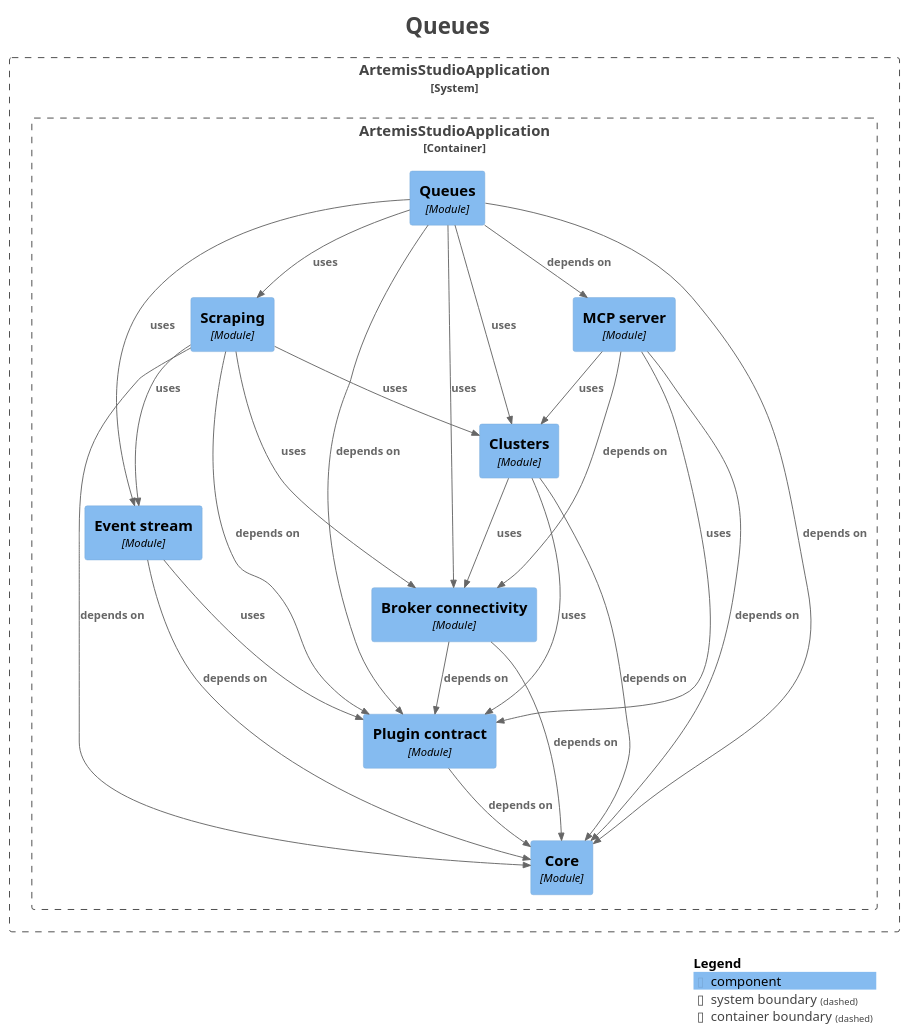
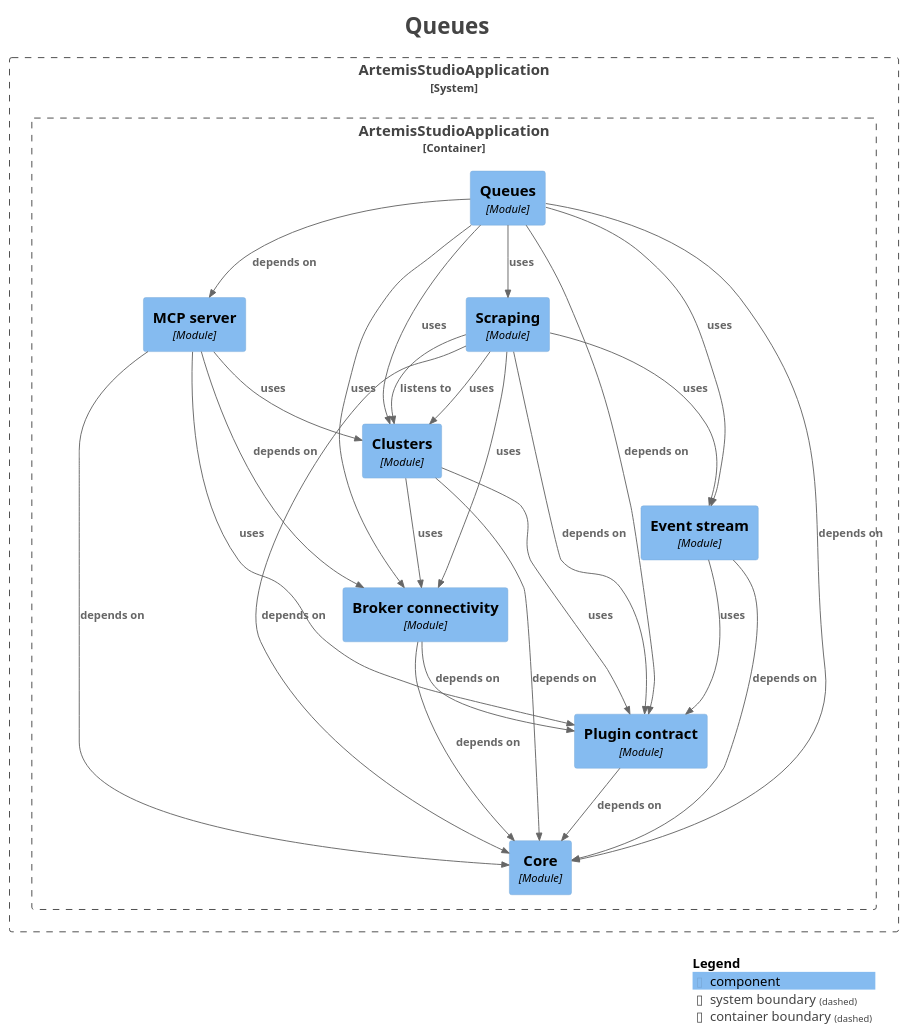
Before and after one commit to sudoitir/artemis-studio: the diagram in docs/modules/module-feature.queues.puml, drawn with PlantUML. The commit also changed 50 other files, not shown here.

```diff
--- a/docs/modules/module-feature.queues.puml
+++ b/docs/modules/module-feature.queues.puml
@@ -1,59 +1,60 @@
 @startuml
 title <size:24>Queues</size>
 
 set separator none
 top to bottom direction
 
 <style>
   root {
     BackgroundColor: #ffffff
     FontColor: #444444
   }
 </style>
 
 !include <C4/C4>
 !include <C4/C4_Context>
 !include <C4/C4_Component>
 
 System_Boundary("ArtemisStudioApplication_boundary", "ArtemisStudioApplication", $tags="") {
   Container_Boundary("ArtemisStudioApplication.ArtemisStudioApplication_boundary", "ArtemisStudioApplication", $tags="") {
     Component(ArtemisStudioApplication.ArtemisStudioApplication.Eventstream, "Event stream", $techn="Module", $descr="", $tags="", $link="")
     Component(ArtemisStudioApplication.ArtemisStudioApplication.Brokerconnectivity, "Broker connectivity", $techn="Module", $descr="", $tags="", $link="")
     Component(ArtemisStudioApplication.ArtemisStudioApplication.Clusters, "Clusters", $techn="Module", $descr="", $tags="", $link="")
     Component(ArtemisStudioApplication.ArtemisStudioApplication.MCPserver, "MCP server", $techn="Module", $descr="", $tags="", $link="")
     Component(ArtemisStudioApplication.ArtemisStudioApplication.Scraping, "Scraping", $techn="Module", $descr="", $tags="", $link="")
     Component(ArtemisStudioApplication.ArtemisStudioApplication.Queues, "Queues", $techn="Module", $descr="", $tags="", $link="")
     Component(ArtemisStudioApplication.ArtemisStudioApplication.Core, "Core", $techn="Module", $descr="", $tags="", $link="")
     Component(ArtemisStudioApplication.ArtemisStudioApplication.Plugincontract, "Plugin contract", $techn="Module", $descr="", $tags="", $link="")
   }
 
 }
 
 Rel(ArtemisStudioApplication.ArtemisStudioApplication.Brokerconnectivity, ArtemisStudioApplication.ArtemisStudioApplication.Core, "depends on", $techn="", $tags="", $link="")
 Rel(ArtemisStudioApplication.ArtemisStudioApplication.Brokerconnectivity, ArtemisStudioApplication.ArtemisStudioApplication.Plugincontract, "depends on", $techn="", $tags="", $link="")
 Rel(ArtemisStudioApplication.ArtemisStudioApplication.Clusters, ArtemisStudioApplication.ArtemisStudioApplication.Brokerconnectivity, "uses", $techn="", $tags="", $link="")
 Rel(ArtemisStudioApplication.ArtemisStudioApplication.Clusters, ArtemisStudioApplication.ArtemisStudioApplication.Core, "depends on", $techn="", $tags="", $link="")
 Rel(ArtemisStudioApplication.ArtemisStudioApplication.Clusters, ArtemisStudioApplication.ArtemisStudioApplication.Plugincontract, "uses", $techn="", $tags="", $link="")
 Rel(ArtemisStudioApplication.ArtemisStudioApplication.Eventstream, ArtemisStudioApplication.ArtemisStudioApplication.Core, "depends on", $techn="", $tags="", $link="")
 Rel(ArtemisStudioApplication.ArtemisStudioApplication.Eventstream, ArtemisStudioApplication.ArtemisStudioApplication.Plugincontract, "uses", $techn="", $tags="", $link="")
 Rel(ArtemisStudioApplication.ArtemisStudioApplication.MCPserver, ArtemisStudioApplication.ArtemisStudioApplication.Brokerconnectivity, "depends on", $techn="", $tags="", $link="")
 Rel(ArtemisStudioApplication.ArtemisStudioApplication.MCPserver, ArtemisStudioApplication.ArtemisStudioApplication.Clusters, "uses", $techn="", $tags="", $link="")
 Rel(ArtemisStudioApplication.ArtemisStudioApplication.MCPserver, ArtemisStudioApplication.ArtemisStudioApplication.Core, "depends on", $techn="", $tags="", $link="")
 Rel(ArtemisStudioApplication.ArtemisStudioApplication.MCPserver, ArtemisStudioApplication.ArtemisStudioApplication.Plugincontract, "uses", $techn="", $tags="", $link="")
 Rel(ArtemisStudioApplication.ArtemisStudioApplication.Plugincontract, ArtemisStudioApplication.ArtemisStudioApplication.Core, "depends on", $techn="", $tags="", $link="")
 Rel(ArtemisStudioApplication.ArtemisStudioApplication.Queues, ArtemisStudioApplication.ArtemisStudioApplication.Brokerconnectivity, "uses", $techn="", $tags="", $link="")
 Rel(ArtemisStudioApplication.ArtemisStudioApplication.Queues, ArtemisStudioApplication.ArtemisStudioApplication.Clusters, "uses", $techn="", $tags="", $link="")
 Rel(ArtemisStudioApplication.ArtemisStudioApplication.Queues, ArtemisStudioApplication.ArtemisStudioApplication.Core, "depends on", $techn="", $tags="", $link="")
 Rel(ArtemisStudioApplication.ArtemisStudioApplication.Queues, ArtemisStudioApplication.ArtemisStudioApplication.Eventstream, "uses", $techn="", $tags="", $link="")
 Rel(ArtemisStudioApplication.ArtemisStudioApplication.Queues, ArtemisStudioApplication.ArtemisStudioApplication.MCPserver, "depends on", $techn="", $tags="", $link="")
 Rel(ArtemisStudioApplication.ArtemisStudioApplication.Queues, ArtemisStudioApplication.ArtemisStudioApplication.Plugincontract, "depends on", $techn="", $tags="", $link="")
 Rel(ArtemisStudioApplication.ArtemisStudioApplication.Queues, ArtemisStudioApplication.ArtemisStudioApplication.Scraping, "uses", $techn="", $tags="", $link="")
 Rel(ArtemisStudioApplication.ArtemisStudioApplication.Scraping, ArtemisStudioApplication.ArtemisStudioApplication.Brokerconnectivity, "uses", $techn="", $tags="", $link="")
+Rel(ArtemisStudioApplication.ArtemisStudioApplication.Scraping, ArtemisStudioApplication.ArtemisStudioApplication.Clusters, "listens to", $techn="", $tags="", $link="")
 Rel(ArtemisStudioApplication.ArtemisStudioApplication.Scraping, ArtemisStudioApplication.ArtemisStudioApplication.Clusters, "uses", $techn="", $tags="", $link="")
 Rel(ArtemisStudioApplication.ArtemisStudioApplication.Scraping, ArtemisStudioApplication.ArtemisStudioApplication.Core, "depends on", $techn="", $tags="", $link="")
 Rel(ArtemisStudioApplication.ArtemisStudioApplication.Scraping, ArtemisStudioApplication.ArtemisStudioApplication.Eventstream, "uses", $techn="", $tags="", $link="")
 Rel(ArtemisStudioApplication.ArtemisStudioApplication.Scraping, ArtemisStudioApplication.ArtemisStudioApplication.Plugincontract, "depends on", $techn="", $tags="", $link="")
 
 SHOW_LEGEND(true)
 hide stereotypes
 @enduml
```
